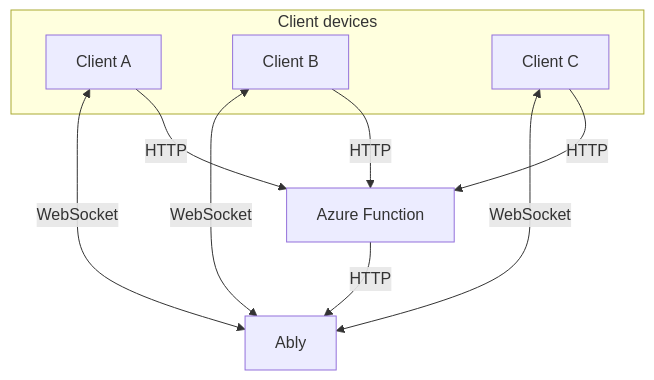
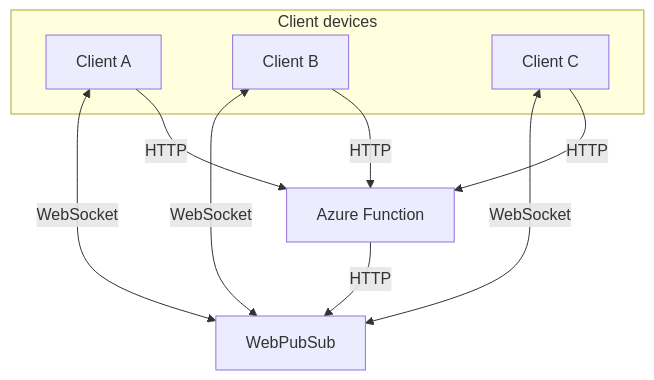
Before and after one commit to ably-labs/collaborative-pixel-drawing: the diagram in README.md, drawn with Mermaid. The commit also changed other lines of this file, not shown here.

````diff
--- a/README.md
+++ b/README.md
@@ -20,17 +25,17 @@
 ```mermaid
 flowchart TD
   subgraph Client devices
     A[Client A]
     B[Client B]
     C[Client C]
   end
   
   F[Azure Function]
-  A <--WebSocket--> Ably
-  B <--WebSocket--> Ably
-  C <--WebSocket--> Ably
+  A <--WebSocket--> WebPubSub
+  B <--WebSocket--> WebPubSub
+  C <--WebSocket--> WebPubSub
   A --HTTP--> F
   B --HTTP--> F
   C --HTTP--> F
-  F --HTTP--> Ably
+  F --HTTP--> WebPubSub
 ```
````
